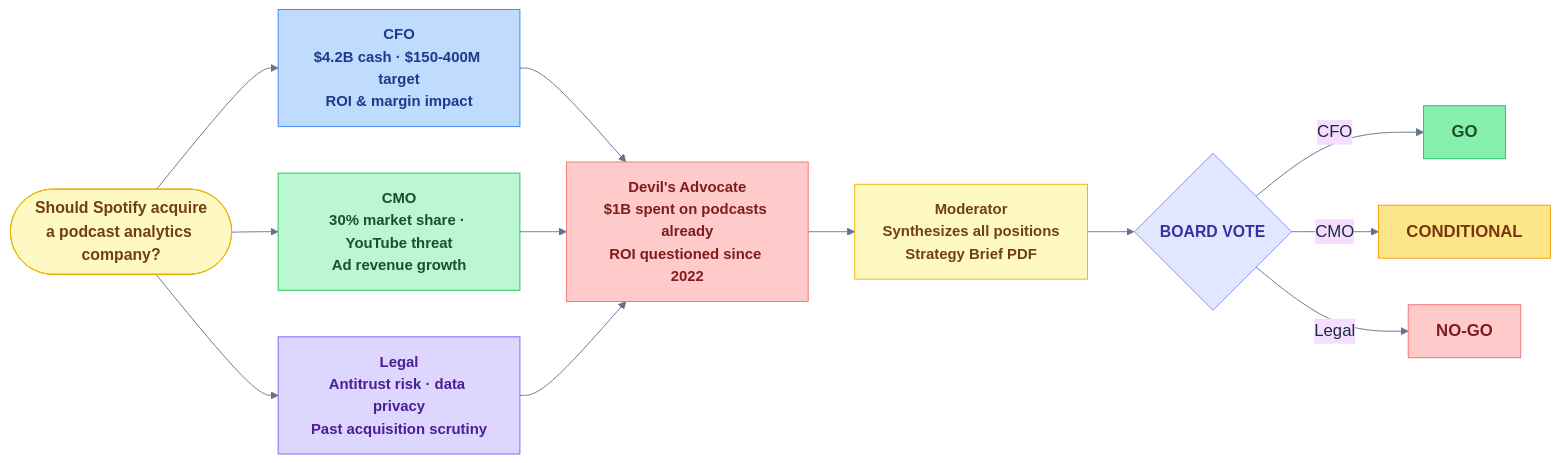
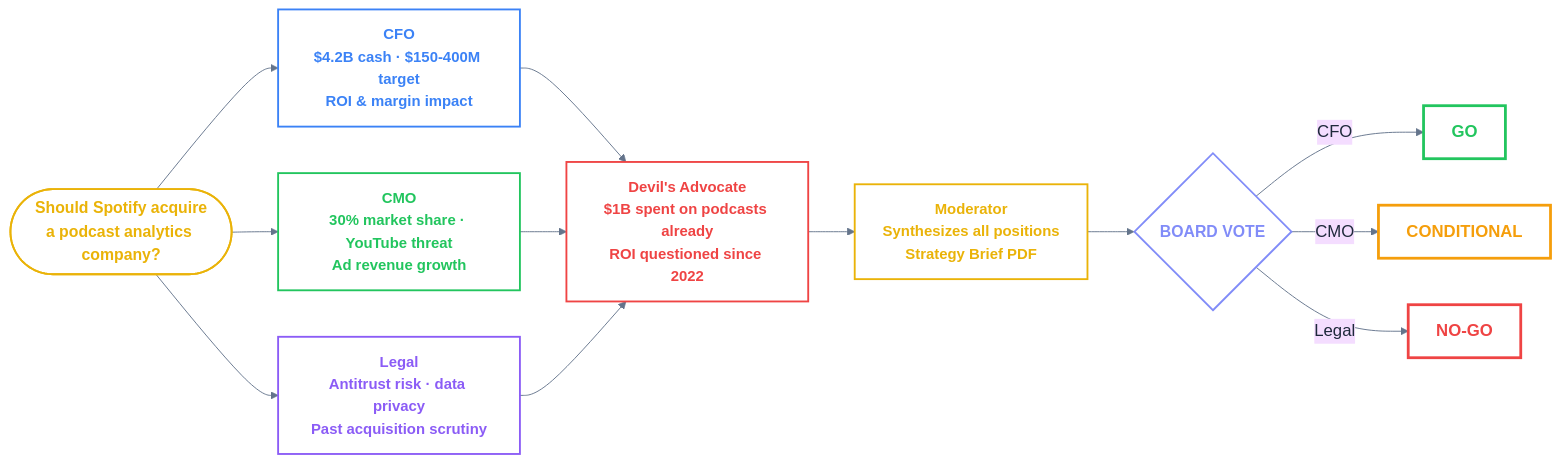
Before and after one commit to Antarathapliyal31/ShadowBoard: the second of 4 diagrams in README.md, drawn with Mermaid. The commit also changed other lines of this file, not shown here.

````diff
--- a/README.md
+++ b/README.md
@@ -152,31 +152,31 @@
 ```mermaid
 %%{init: {'theme': 'base', 'themeVariables': { 'fontSize': '18px', 'fontFamily': 'Segoe UI, Arial', 'primaryTextColor': '#1e293b', 'lineColor': '#64748b' }}}%%
 flowchart LR
     Q(["Should Spotify acquire\na podcast analytics company?"]):::qClass
 
     Q --> CFO["CFO\n$4.2B cash · $150-400M target\nROI & margin impact"]:::cfoClass
     Q --> CMO["CMO\n30% market share · YouTube threat\nAd revenue growth"]:::cmoClass
     Q --> LEG["Legal\nAntitrust risk · data privacy\nPast acquisition scrutiny"]:::legClass
 
     CFO --> DA["Devil's Advocate\n$1B spent on podcasts already\nROI questioned since 2022"]:::daClass
     CMO --> DA
     LEG --> DA
 
     DA --> MOD["Moderator\nSynthesizes all positions\nStrategy Brief PDF"]:::modClass
 
     MOD --> V{"BOARD VOTE"}:::voteClass
     V -->|"CFO"| GO["GO"]:::goClass
     V -->|"CMO"| COND["CONDITIONAL"]:::condClass
     V -->|"Legal"| NOGO["NO-GO"]:::nogoClass
 
-    classDef qClass fill:#fef9c3,stroke:#eab308,color:#713f12,font-weight:bold,font-size:17px
-    classDef cfoClass fill:#bfdbfe,stroke:#3b82f6,color:#1e3a8a,font-weight:bold,font-size:16px
-    classDef cmoClass fill:#bbf7d0,stroke:#22c55e,color:#14532d,font-weight:bold,font-size:16px
-    classDef legClass fill:#ddd6fe,stroke:#8b5cf6,color:#4c1d95,font-weight:bold,font-size:16px
-    classDef daClass fill:#fecaca,stroke:#f87171,color:#7f1d1d,font-weight:bold,font-size:16px
-    classDef modClass fill:#fef9c3,stroke:#eab308,color:#713f12,font-weight:bold,font-size:16px
-    classDef voteClass fill:#e0e7ff,stroke:#818cf8,color:#3730a3,font-weight:bold,font-size:17px
-    classDef goClass fill:#86efac,stroke:#22c55e,color:#14532d,font-weight:bold,font-size:18px
-    classDef condClass fill:#fde68a,stroke:#f59e0b,color:#78350f,font-weight:bold,font-size:18px
-    classDef nogoClass fill:#fecaca,stroke:#f87171,color:#7f1d1d,font-weight:bold,font-size:18px
+    classDef qClass fill:#fff,stroke:#eab308,color:#eab308,font-weight:bold,font-size:17px,stroke-width:2px
+    classDef cfoClass fill:#fff,stroke:#3b82f6,color:#3b82f6,font-weight:bold,font-size:16px,stroke-width:2px
+    classDef cmoClass fill:#fff,stroke:#22c55e,color:#22c55e,font-weight:bold,font-size:16px,stroke-width:2px
+    classDef legClass fill:#fff,stroke:#8b5cf6,color:#8b5cf6,font-weight:bold,font-size:16px,stroke-width:2px
+    classDef daClass fill:#fff,stroke:#ef4444,color:#ef4444,font-weight:bold,font-size:16px,stroke-width:2px
+    classDef modClass fill:#fff,stroke:#eab308,color:#eab308,font-weight:bold,font-size:16px,stroke-width:2px
+    classDef voteClass fill:#fff,stroke:#818cf8,color:#818cf8,font-weight:bold,font-size:17px,stroke-width:2px
+    classDef goClass fill:#fff,stroke:#22c55e,color:#22c55e,font-weight:bold,font-size:18px,stroke-width:3px
+    classDef condClass fill:#fff,stroke:#f59e0b,color:#f59e0b,font-weight:bold,font-size:18px,stroke-width:3px
+    classDef nogoClass fill:#fff,stroke:#ef4444,color:#ef4444,font-weight:bold,font-size:18px,stroke-width:3px
 ```
````
